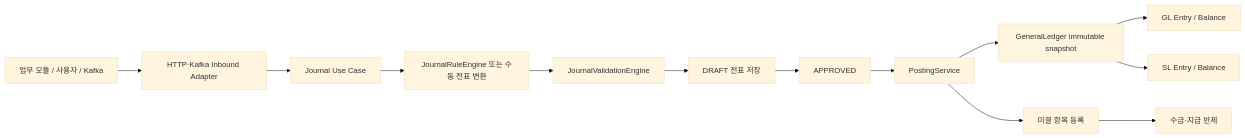
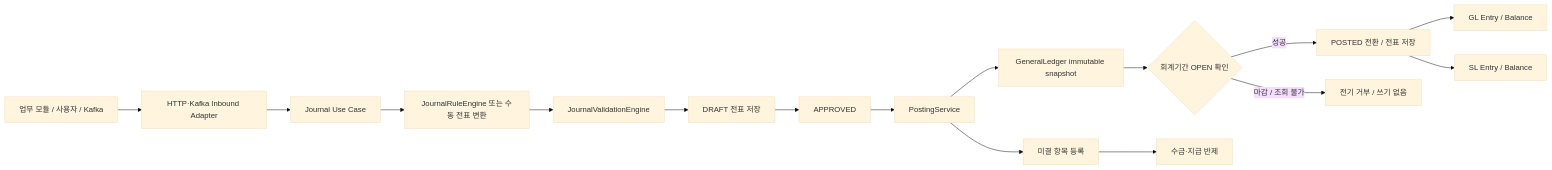
One commit to skyg547/account changed the first of 3 diagrams in journal-ledger/docs/process-flow.md. Above: the diagram before and after it, drawn with Mermaid (base theme). The commit also changed other lines of this file and 8 other files, not shown here.

````diff
--- a/journal-ledger/docs/process-flow.md
+++ b/journal-ledger/docs/process-flow.md
@@ -5,15 +5,18 @@
 ```mermaid
 flowchart LR
     SOURCE[업무 모듈 / 사용자 / Kafka] --> IN[HTTP·Kafka Inbound Adapter]
     IN --> USECASE[Journal Use Case]
     USECASE --> RULE[JournalRuleEngine 또는 수동 전표 변환]
     RULE --> VALIDATE[JournalValidationEngine]
     VALIDATE --> DRAFT[DRAFT 전표 저장]
     DRAFT --> APPROVE[APPROVED]
     APPROVE --> POST[PostingService]
     POST --> SNAPSHOT[GeneralLedger immutable snapshot]
-    SNAPSHOT --> GL[GL Entry / Balance]
-    SNAPSHOT --> SL[SL Entry / Balance]
+    SNAPSHOT --> PERIOD{회계기간 OPEN 확인}
+    PERIOD -->|성공| POSTED[POSTED 전환 / 전표 저장]
+    POSTED --> GL[GL Entry / Balance]
+    POSTED --> SL[SL Entry / Balance]
+    PERIOD -->|마감 / 조회 불가| REJECT[전기 거부 / 쓰기 없음]
     POST --> UNSETTLED[미결 항목 등록]
     UNSETTLED --> SETTLE[수금·지급 반제]
 ```
````
